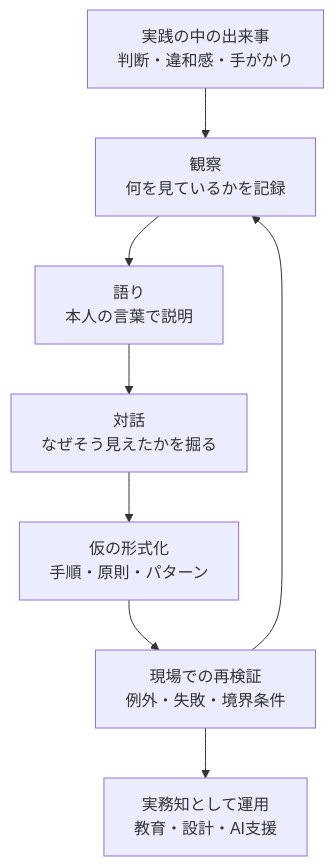
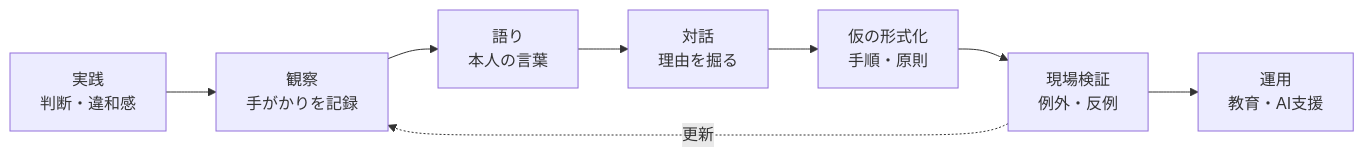
One commit to daylight55/research changed the first of 3 diagrams in category/knowledge-systems/tacit-knowledge-business-theory/report.md. Above: the diagram before and after it, drawn with Mermaid. The commit also changed other lines of this file and 1 other file, not shown here.

Commit message:
暗黙知レポートのMermaid図を調整

````diff
--- a/category/knowledge-systems/tacit-knowledge-business-theory/report.md
+++ b/category/knowledge-systems/tacit-knowledge-business-theory/report.md
@@ -23,10 +23,10 @@
 ```mermaid
-flowchart TD
-  A["実践の中の出来事<br/>判断・違和感・手がかり"] --> B["観察<br/>何を見ているかを記録"]
-  B --> C["語り<br/>本人の言葉で説明"]
-  C --> D["対話<br/>なぜそう見えたかを掘る"]
-  D --> E["仮の形式化<br/>手順・原則・パターン"]
-  E --> F["現場での再検証<br/>例外・失敗・境界条件"]
-  F --> G["実務知として運用<br/>教育・設計・AI支援"]
-  F --> B
+flowchart LR
+  A["実践<br/>判断・違和感"] --> B["観察<br/>手がかりを記録"]
+  B --> C["語り<br/>本人の言葉"]
+  C --> D["対話<br/>理由を掘る"]
+  D --> E["仮の形式化<br/>手順・原則"]
+  E --> F["現場検証<br/>例外・反例"]
+  F --> G["運用<br/>教育・AI支援"]
+  F -. 更新 .-> B
 ```
````
